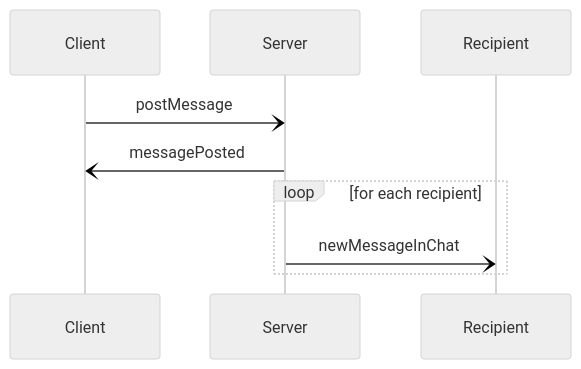
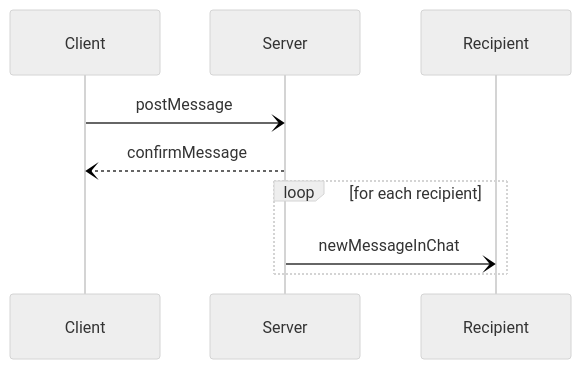
One commit to frephs/IS24-AM21 changed the sixth of 6 diagrams in documentation_wip/network_protocol.md. Above: the diagram before and after it, drawn with Mermaid (neutral theme). The commit also changed other lines of this file, not shown here.

````diff
--- a/documentation_wip/network_protocol.md
+++ b/documentation_wip/network_protocol.md
@@ -201,9 +219,9 @@
 ```mermaid
 sequenceDiagram
     Client -) Server: postMessage
-    Server -) Client: messagePosted
+    Server --) Client: confirmMessage
 
     loop for each recipient
         Server -) Recipient: newMessageInChat
     end
 ```
````
